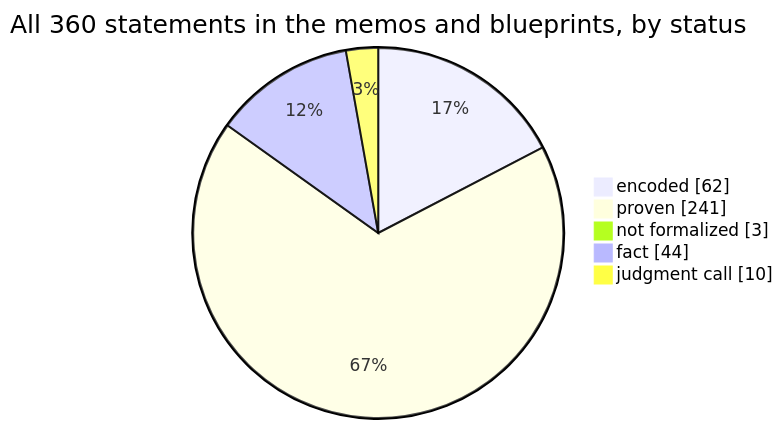
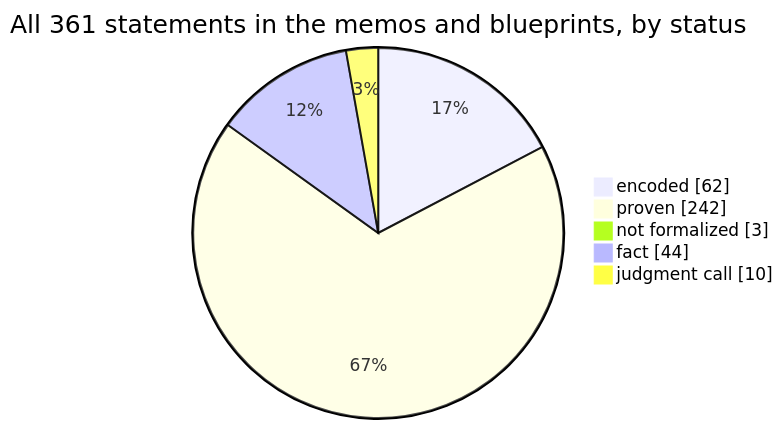
Before and after one commit to SeanWMurray/Canteen: the first of 4 diagrams in docs/graphs/dashboard.md, drawn with Mermaid. The commit also changed other lines of this file and 14 other files, not shown here.

````diff
--- a/docs/graphs/dashboard.md
+++ b/docs/graphs/dashboard.md
@@ -11,8 +11,8 @@
 ```mermaid
-pie showData title All 360 statements in the memos and blueprints, by status
+pie showData title All 361 statements in the memos and blueprints, by status
     "encoded" : 62
-    "proven" : 241
+    "proven" : 242
     "not formalized" : 3
     "fact" : 44
     "judgment call" : 10
 ```
````
